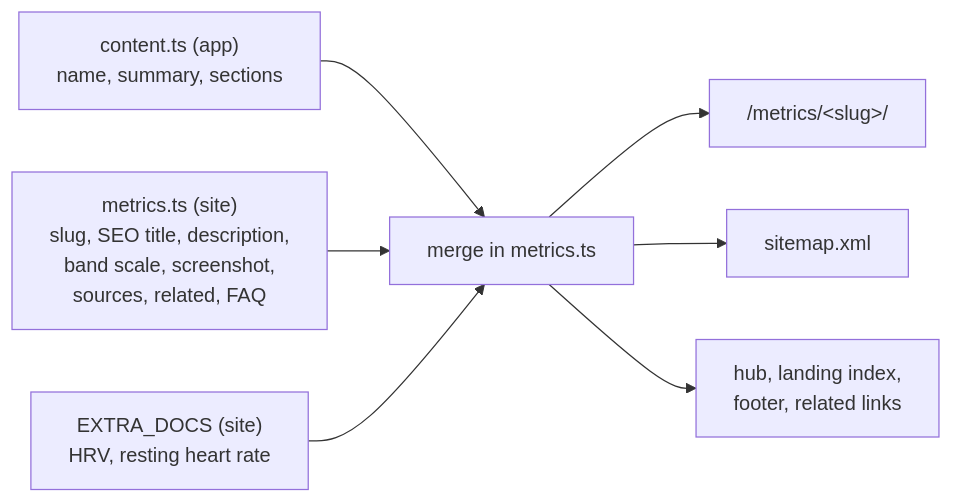
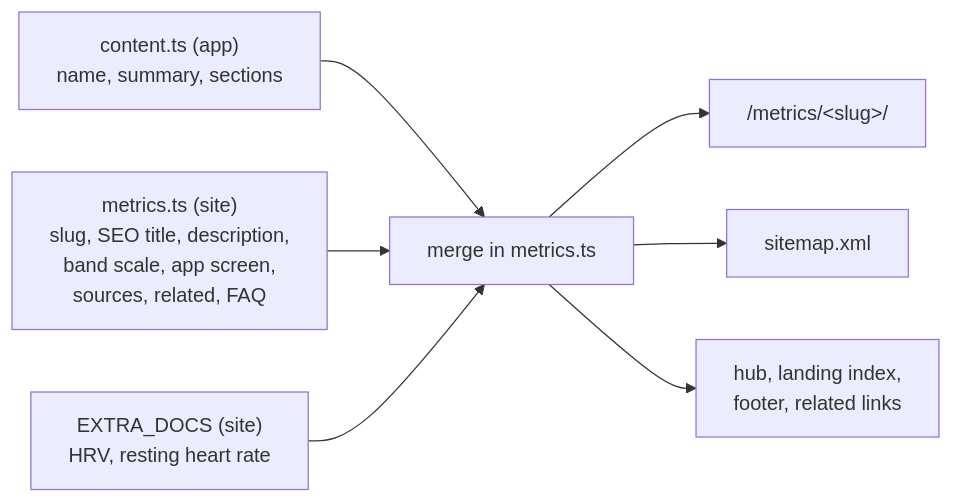
One commit to Ajamuar/pulse changed the second of 4 diagrams in docs/plans/2026-10-03-003-landing-and-programmatic-seo.md. Above: the diagram before and after it, drawn with Mermaid. The commit also changed other lines of this file and 1 other file, not shown here.

Commit message:
docs(site): live app screens, background and icons in the site plan

````diff
--- a/docs/plans/2026-10-03-003-landing-and-programmatic-seo.md
+++ b/docs/plans/2026-10-03-003-landing-and-programmatic-seo.md
@@ -66,9 +66,9 @@
 ```mermaid
 flowchart LR
   A["content.ts (app)<br/>name, summary, sections"] --> MERGE[merge in metrics.ts]
-  B["metrics.ts (site)<br/>slug, SEO title, description,<br/>band scale, screenshot,<br/>sources, related, FAQ"] --> MERGE
+  B["metrics.ts (site)<br/>slug, SEO title, description,<br/>band scale, app screen,<br/>sources, related, FAQ"] --> MERGE
   X["EXTRA_DOCS (site)<br/>HRV, resting heart rate"] --> MERGE
   MERGE --> P["/metrics/&lt;slug&gt;/"]
   MERGE --> S[sitemap.xml]
   MERGE --> L["hub, landing index,<br/>footer, related links"]
 ```
````
